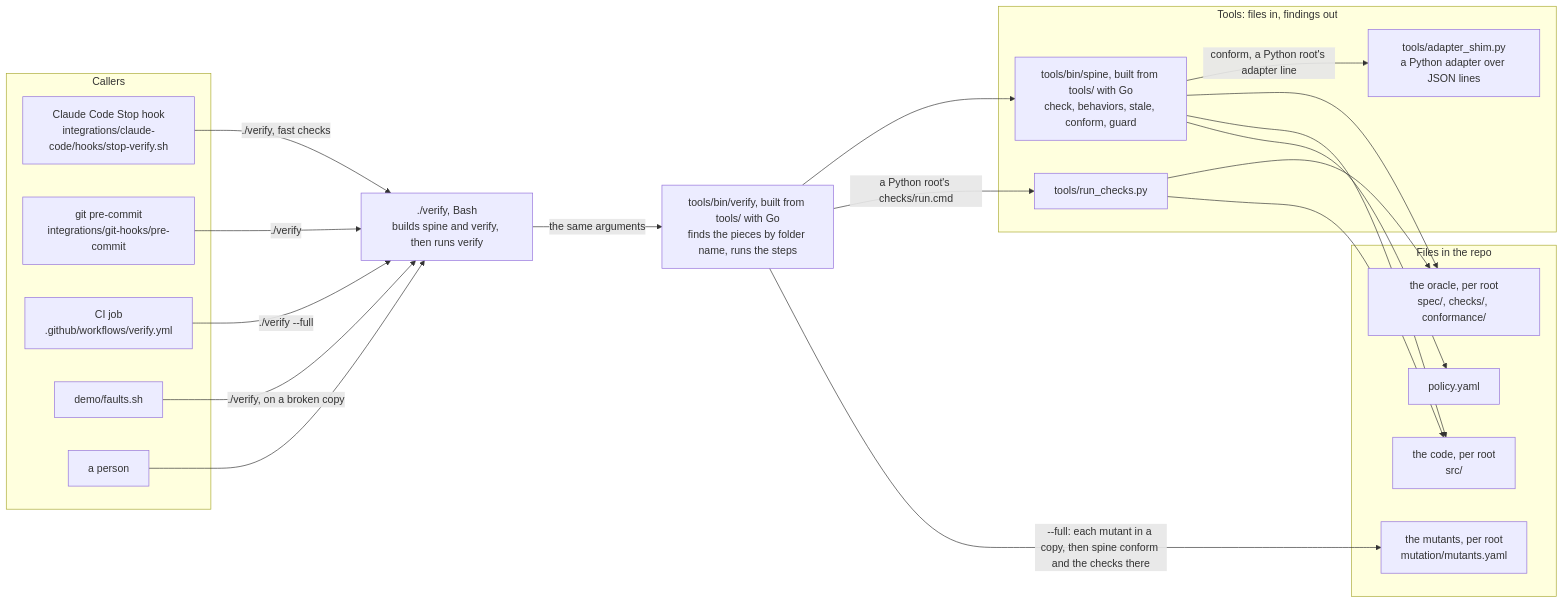
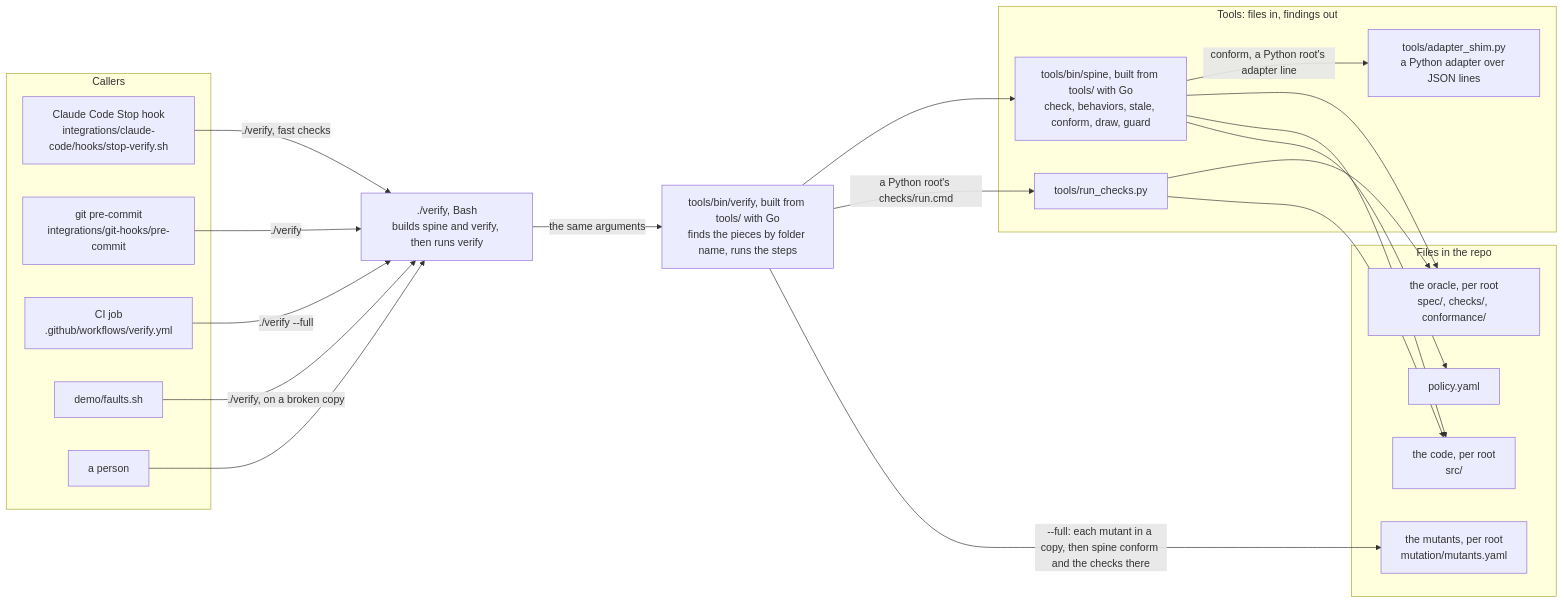
The first of 7 diagrams in docs/architecture.md (23min/verifier-kit), drawn with Mermaid before and after one commit. The commit also changed other lines of this file and 46 other files, not shown here.

````diff
--- a/docs/architecture.md
+++ b/docs/architecture.md
@@ -15,38 +15,38 @@
 ```mermaid
 flowchart LR
   subgraph callers["Callers"]
     stop["Claude Code Stop hook<br/>integrations/claude-code/hooks/stop-verify.sh"]
     pre["git pre-commit<br/>integrations/git-hooks/pre-commit"]
     ci["CI job<br/>.github/workflows/verify.yml"]
     faults["demo/faults.sh"]
     person["a person"]
   end
   entry["./verify, Bash<br/>builds spine and verify, then runs verify"]
   verify["tools/bin/verify, built from tools/ with Go<br/>finds the pieces by folder name, runs the steps"]
   subgraph tools["Tools: files in, findings out"]
-    spine["tools/bin/spine, built from tools/ with Go<br/>check, behaviors, stale, conform, guard"]
+    spine["tools/bin/spine, built from tools/ with Go<br/>check, behaviors, stale, conform, draw, guard"]
     rc["tools/run_checks.py"]
     shim["tools/adapter_shim.py<br/>a Python adapter over JSON lines"]
   end
   subgraph files["Files in the repo"]
     mut["the mutants, per root<br/>mutation/mutants.yaml"]
     oracle["the oracle, per root<br/>spec/, checks/, conformance/"]
     code["the code, per root<br/>src/"]
     policy["policy.yaml"]
   end
   stop -->|"./verify, fast checks"| entry
   pre -->|"./verify"| entry
   ci -->|"./verify --full"| entry
   faults -->|"./verify, on a broken copy"| entry
   person --> entry
   entry -->|"the same arguments"| verify
   verify --> spine
   verify -->|"a Python root's checks/run.cmd"| rc
   spine -->|"conform, a Python root's adapter line"| shim
   verify -->|"--full: each mutant in a copy, then spine conform and the checks there"| mut
   spine --> oracle
   spine --> code
   spine --> policy
   rc --> oracle
   rc --> code
 ```
````
